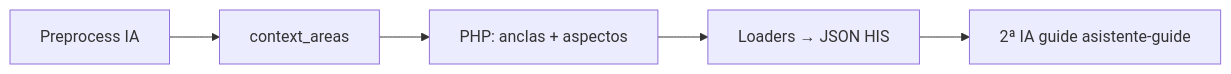
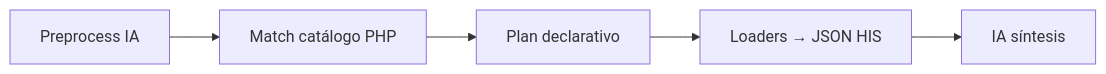
One commit to luischanferoni/bioenlace changed the second of 3 diagrams in web/docs/producto/asistente-y-chat.md. Above: the diagram before and after it, drawn with Mermaid. The commit also changed other lines of this file and 82 other files, not shown here.

````diff
--- a/web/docs/producto/asistente-y-chat.md
+++ b/web/docs/producto/asistente-y-chat.md
@@ -57,9 +58,9 @@
 ```mermaid
 flowchart LR
   P[Preprocess IA]
-  A[context_areas]
-  R[PHP: anclas + aspectos]
+  M[Match catálogo PHP]
+  PL[Plan declarativo]
   L[Loaders → JSON HIS]
-  I[2ª IA guide asistente-guide]
-  P --> A --> R --> L --> I
+  S[IA síntesis]
+  P --> M --> PL --> L --> S
 ```
````
